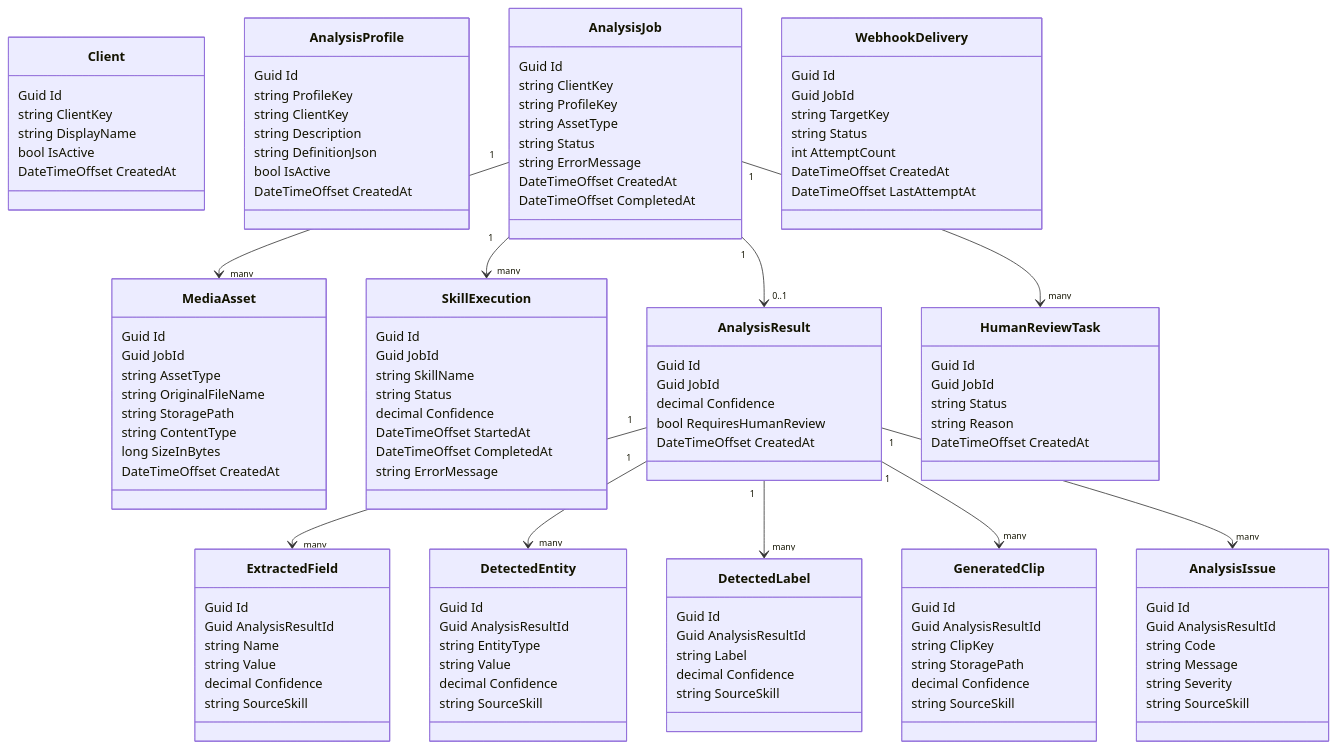
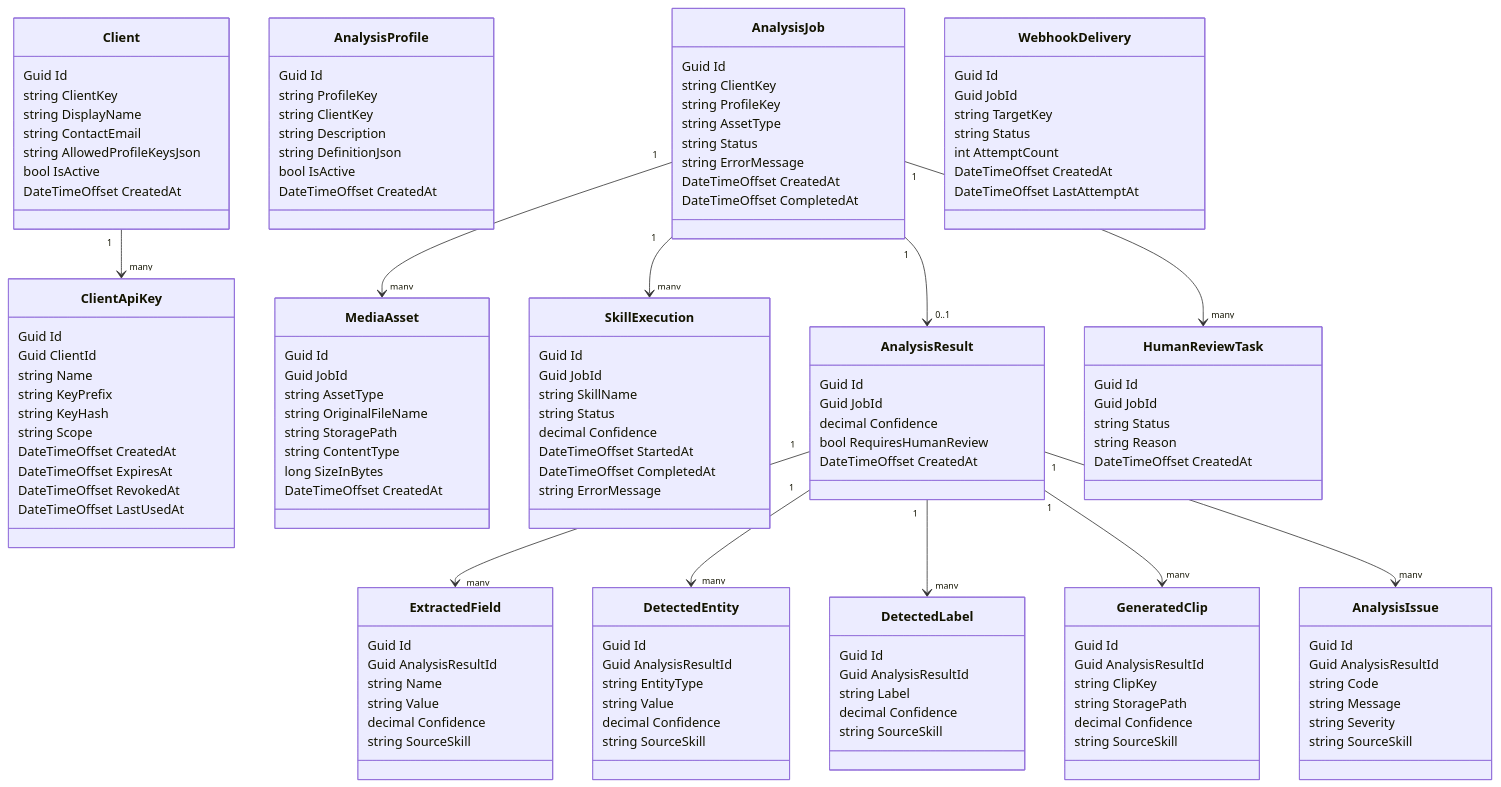
The seventh of 8 diagrams in README.md (lokomurdok89/DeValpo.MediaIntelligence), drawn with Mermaid before and after one commit. The commit also changed other lines of this file and 46 other files, not shown here.

```diff
--- a/README.md
+++ b/README.md
@@ -281,8 +303,23 @@
         Guid Id
         string ClientKey
         string DisplayName
+        string ContactEmail
+        string AllowedProfileKeysJson
         bool IsActive
         DateTimeOffset CreatedAt
+    }
+
+    class ClientApiKey {
+        Guid Id
+        Guid ClientId
+        string Name
+        string KeyPrefix
+        string KeyHash
+        string Scope
+        DateTimeOffset CreatedAt
+        DateTimeOffset ExpiresAt
+        DateTimeOffset RevokedAt
+        DateTimeOffset LastUsedAt
     }
 
     class AnalysisProfile {
@@ -398,6 +435,7 @@
         DateTimeOffset LastAttemptAt
     }
 
+    Client "1" --> "many" ClientApiKey
     AnalysisJob "1" --> "many" MediaAsset
     AnalysisJob "1" --> "many" SkillExecution
     AnalysisJob "1" --> "0..1" AnalysisResult
```
